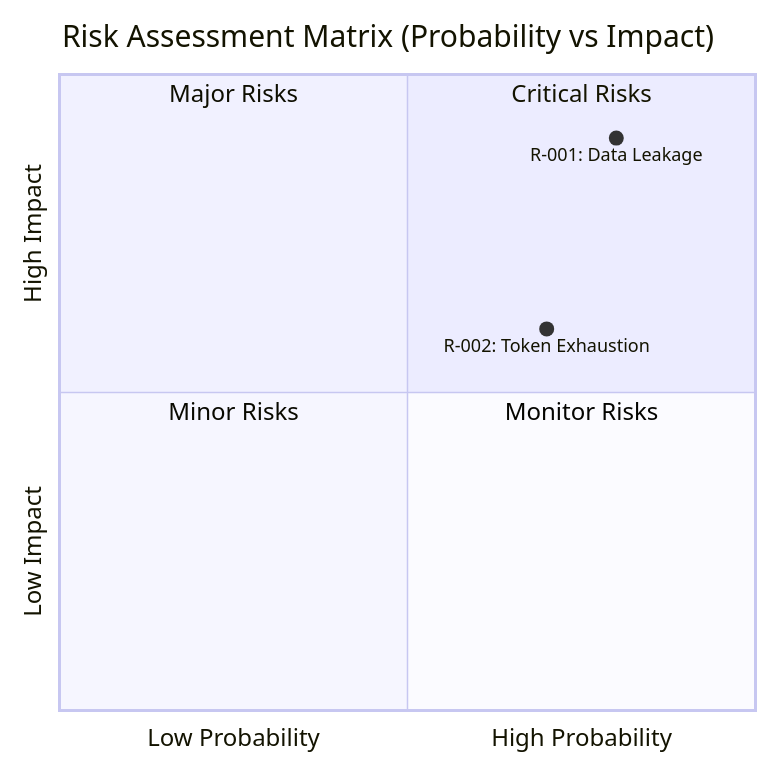
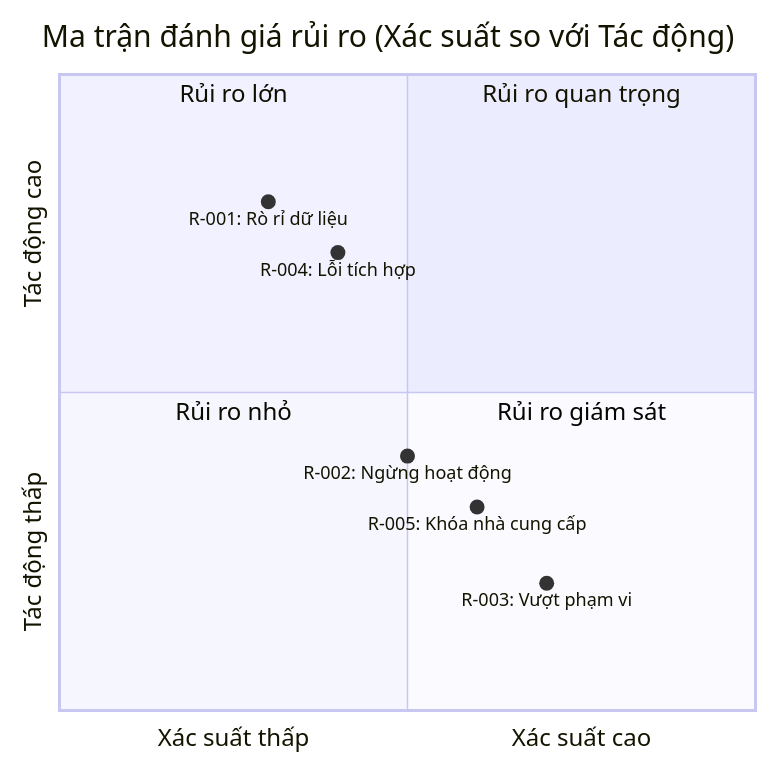
Before and after one commit to hainguyen81/ai-scraper: the third of 3 diagrams in sources/output/estimation/estimation.md, drawn with Mermaid. The commit also changed other lines of this file and 1 other file, not shown here.

````diff
--- a/sources/output/estimation/estimation.md
+++ b/sources/output/estimation/estimation.md
@@ -144,12 +167,15 @@
 ```mermaid
 quadrantChart
-    title Risk Assessment Matrix (Probability vs Impact)
-    x-axis "Low Probability" --> "High Probability"
-    y-axis "Low Impact" --> "High Impact"
-    quadrant-1 "Critical Risks"
-    quadrant-2 "Major Risks"
-    quadrant-3 "Minor Risks"
-    quadrant-4 "Monitor Risks"
-    "R-001: Data Leakage" : [0.8, 0.9]
-    "R-002: Token Exhaustion" : [0.7, 0.6]
+title Ma trận đánh giá rủi ro (Xác suất so với Tác động)
+x-axis "Xác suất thấp" --> "Xác suất cao"
+y-axis "Tác động thấp" --> "Tác động cao"
+quadrant-1 "Rủi ro quan trọng"
+quadrant-2 "Rủi ro lớn"
+quadrant-3 "Rủi ro nhỏ"
+quadrant-4 "Rủi ro giám sát"
+"R-001: Rò rỉ dữ liệu" : [0.3,0.8]
+"R-002: Ngừng hoạt động" : [0.5,0.4]
+"R-003: Vượt phạm vi" : [0.7,0.2]
+"R-004: Lỗi tích hợp" : [0.4,0.72]
+"R-005: Khóa nhà cung cấp" : [0.6,0.32]
 ```
````
